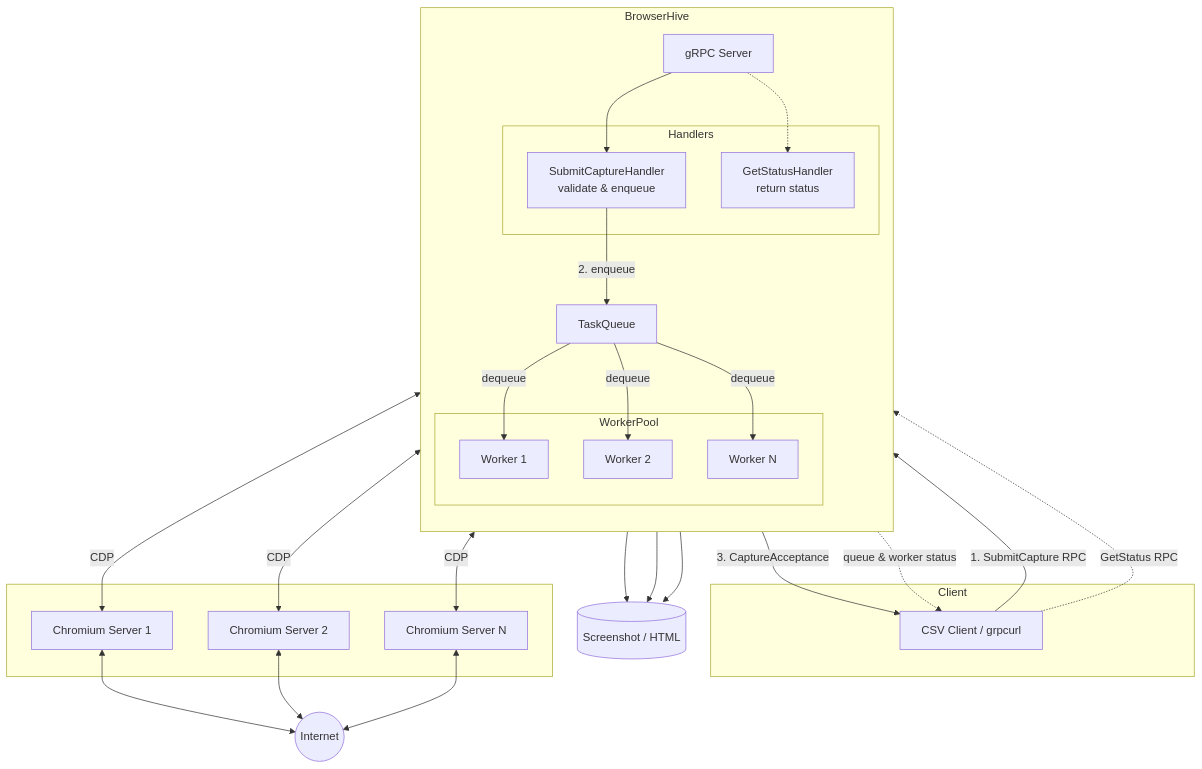
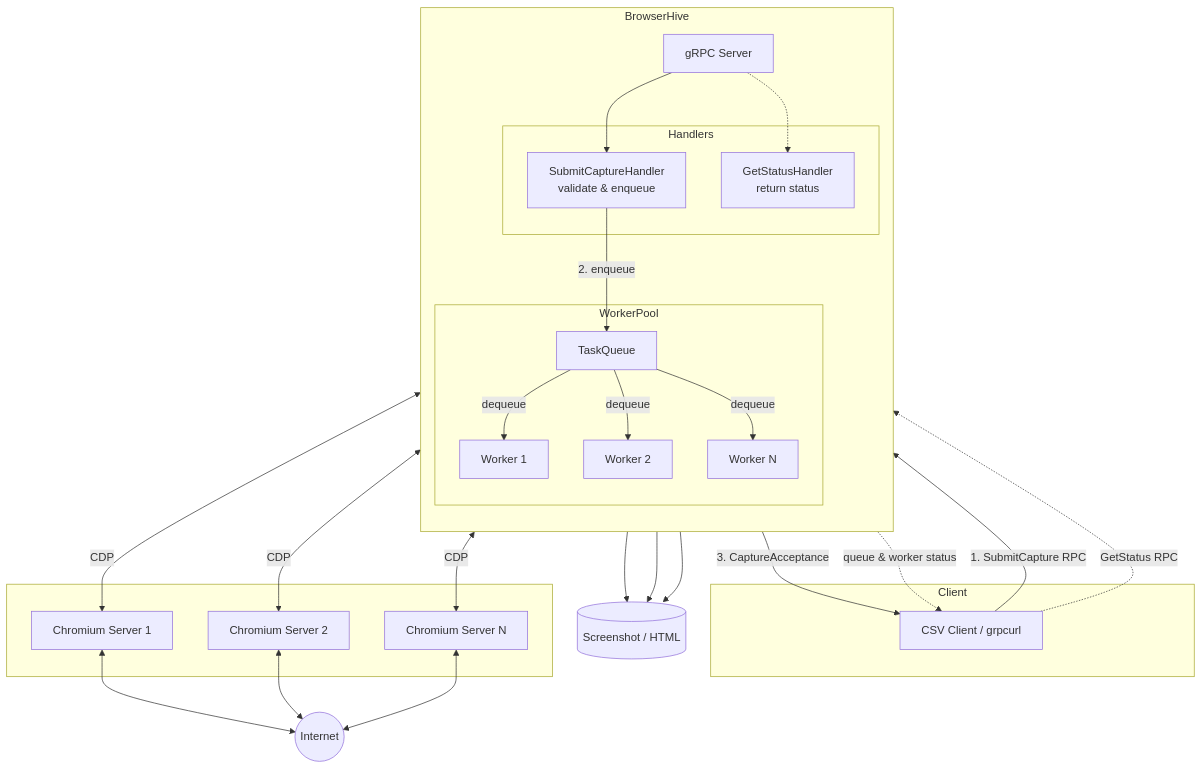
The diagram in README.md (uraitakahito/browserhive), drawn with Mermaid before and after one commit.

Commit message:
fix Architecture diagram: move TaskQueue inside WorkerPool subgraph
TaskQueue is a private member of WorkerPool in the code, but the
diagram showed it as a sibling. Move it inside to match the actual
ownership.

````diff
--- a/README.md
+++ b/README.md
@@ -12,51 +12,51 @@
 ```mermaid
 flowchart TB
     subgraph Client
         CLI[CSV Client / grpcurl]
     end
 
     subgraph BrowserHive["BrowserHive"]
         direction TB
         Server[gRPC Server]
         subgraph Handlers["Handlers"]
             SubmitCaptureHandler[SubmitCaptureHandler<br/>validate & enqueue]
             GetStatusHandler[GetStatusHandler<br/>return status]
         end
-        Queue[TaskQueue]
         subgraph WorkerPool
+            Queue[TaskQueue]
             Worker1[Worker 1]
             Worker2[Worker 2]
             Worker3[Worker N]
         end
     end
 
     subgraph ChromiumServers[" "]
         Browser1[Chromium Server 1]
         Browser2[Chromium Server 2]
         Browser3[Chromium Server N]
     end
 
     Internet((Internet))
 
     Files[(Screenshot / HTML)]
 
     CLI -->|"1. SubmitCapture RPC"| Server
     Server --> SubmitCaptureHandler
     SubmitCaptureHandler -->|"2. enqueue"| Queue
     SubmitCaptureHandler -->|"3. CaptureAcceptance"| CLI
     CLI -.->|"GetStatus RPC"| Server
     Server -.-> GetStatusHandler
     GetStatusHandler -.->|"queue & worker status"| CLI
     Queue -->|dequeue| Worker1
     Queue -->|dequeue| Worker2
     Queue -->|dequeue| Worker3
     Worker1 <-->|CDP| Browser1
     Worker2 <-->|CDP| Browser2
     Worker3 <-->|CDP| Browser3
     Browser1 <--> Internet
     Browser2 <--> Internet
     Browser3 <--> Internet
     Worker1 --> Files
     Worker2 --> Files
     Worker3 --> Files
 ```
````
